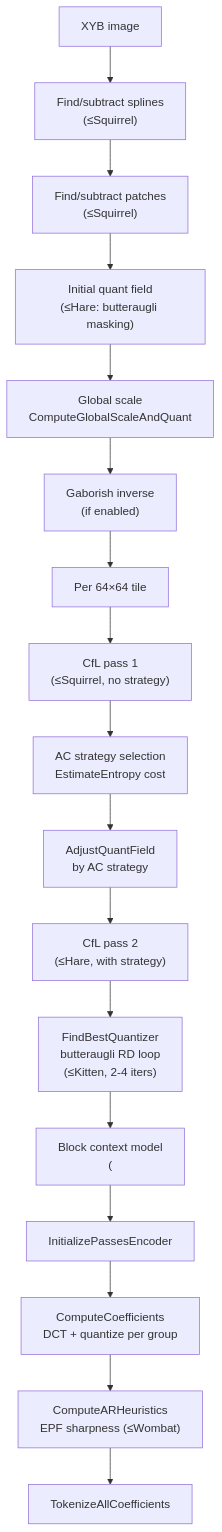
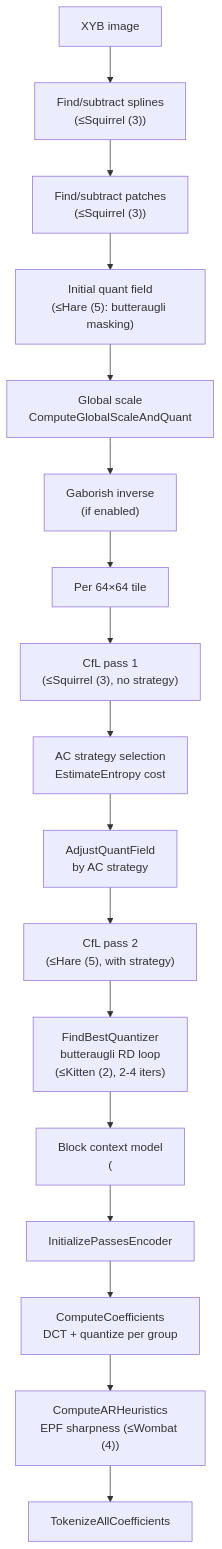
The first of 3 diagrams in docs/src/encoder/vardct-path.md (imazen/libjxl), drawn with Mermaid before and after one commit. The commit also changed other lines of this file and 17 other files, not shown here.

````diff
--- a/docs/src/encoder/vardct-path.md
+++ b/docs/src/encoder/vardct-path.md
@@ -3,19 +3,19 @@
 ```mermaid
 graph TD
-    XYB["XYB image"] --> SP["Find/subtract splines<br/>(≤Squirrel)"]
-    SP --> PA["Find/subtract patches<br/>(≤Squirrel)"]
-    PA --> IQ["Initial quant field<br/>(≤Hare: butteraugli masking)"]
+    XYB["XYB image"] --> SP["Find/subtract splines<br/>(≤Squirrel (3))"]
+    SP --> PA["Find/subtract patches<br/>(≤Squirrel (3))"]
+    PA --> IQ["Initial quant field<br/>(≤Hare (5): butteraugli masking)"]
     IQ --> GS["Global scale<br/>ComputeGlobalScaleAndQuant"]
     GS --> GAB["Gaborish inverse<br/>(if enabled)"]
     GAB --> TILE["Per 64×64 tile"]
-    TILE --> CFL1["CfL pass 1<br/>(≤Squirrel, no strategy)"]
+    TILE --> CFL1["CfL pass 1<br/>(≤Squirrel (3), no strategy)"]
     CFL1 --> ACS["AC strategy selection<br/>EstimateEntropy cost"]
     ACS --> AQF["AdjustQuantField<br/>by AC strategy"]
-    AQF --> CFL2["CfL pass 2<br/>(≤Hare, with strategy)"]
-    CFL2 --> FBQ["FindBestQuantizer<br/>butteraugli RD loop<br/>(≤Kitten, 2-4 iters)"]
-    FBQ --> BCM["Block context model<br/>(<Falcon)"]
+    AQF --> CFL2["CfL pass 2<br/>(≤Hare (5), with strategy)"]
+    CFL2 --> FBQ["FindBestQuantizer<br/>butteraugli RD loop<br/>(≤Kitten (2), 2-4 iters)"]
+    FBQ --> BCM["Block context model<br/>(<Falcon (7))"]
     BCM --> IPE["InitializePassesEncoder"]
     IPE --> CC["ComputeCoefficients<br/>DCT + quantize per group"]
-    CC --> AR["ComputeARHeuristics<br/>EPF sharpness (≤Wombat)"]
+    CC --> AR["ComputeARHeuristics<br/>EPF sharpness (≤Wombat (4))"]
     AR --> TOK["TokenizeAllCoefficients"]
 ```
````
